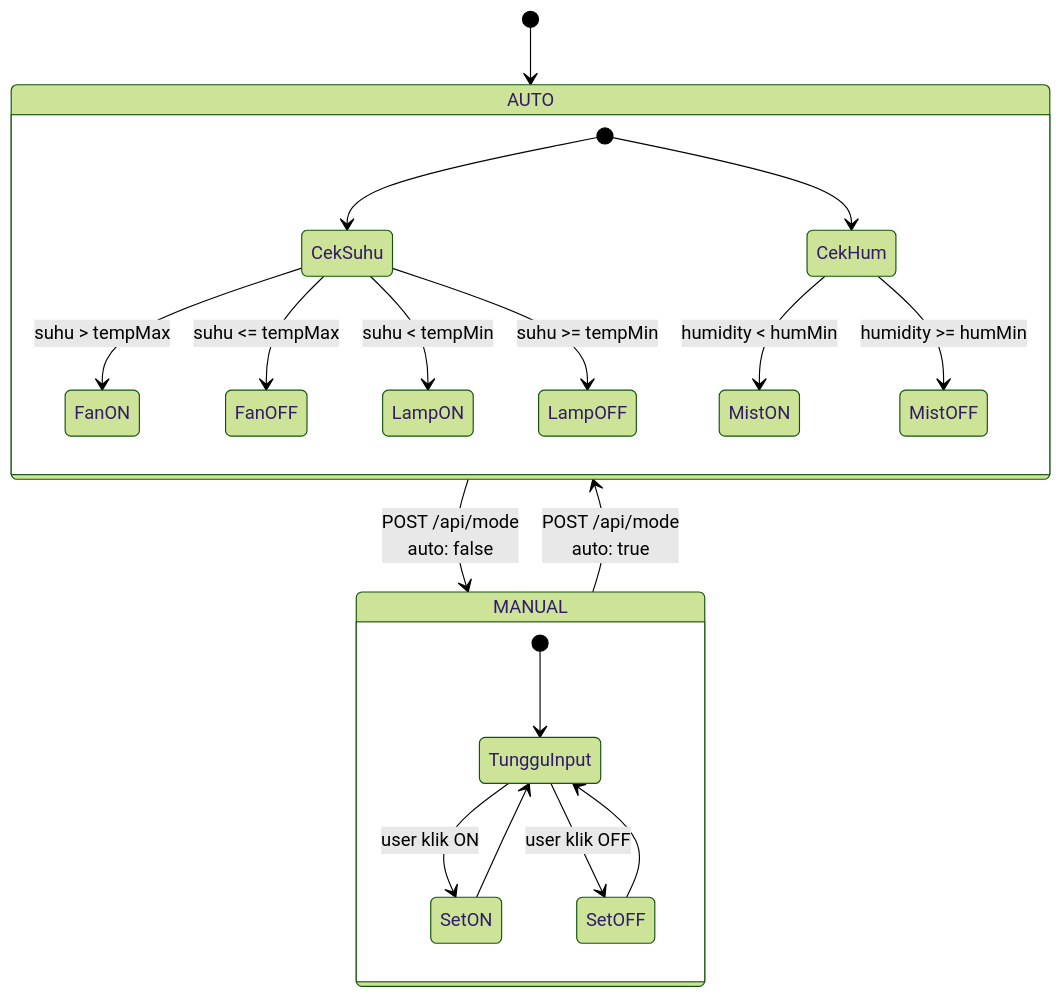
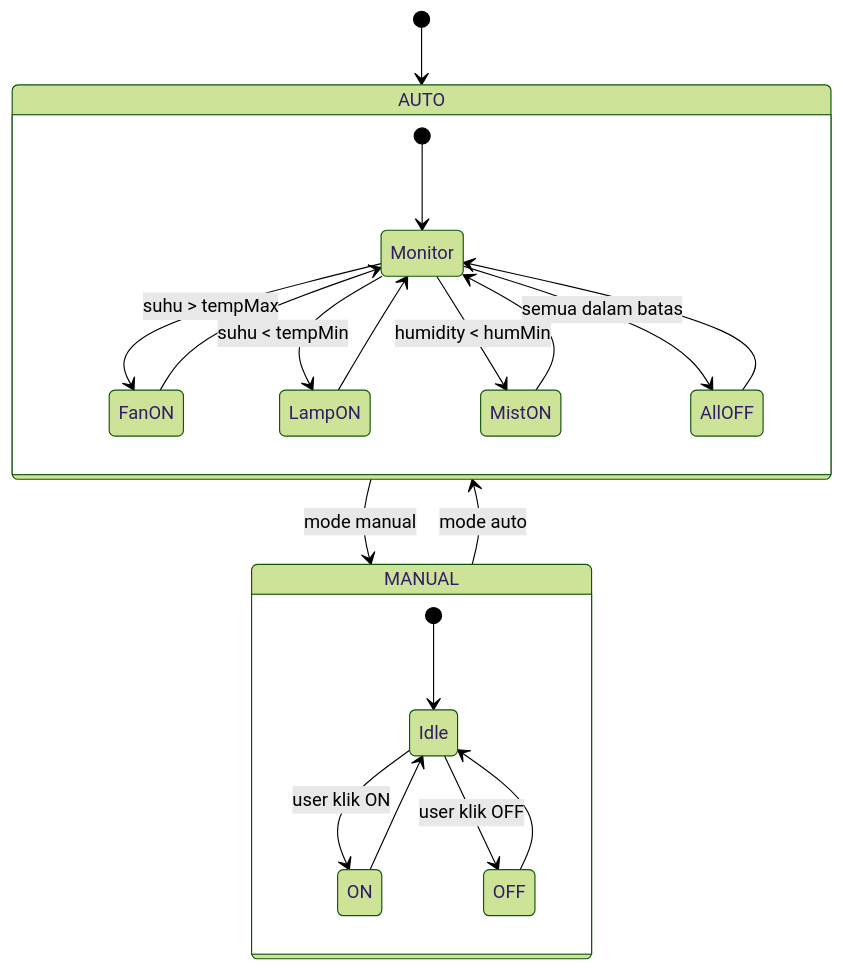
One commit to Keyzoo0/MushroomIOT changed the fourth of 5 diagrams in README.md. Above: the diagram before and after it, drawn with Mermaid (forest theme). The commit also changed other lines of this file, not shown here.

Commit message:
Fix Mermaid diagrams: stateDiagram entry point, API flowchart, tambah wiring diagram hardware

````diff
--- a/README.md
+++ b/README.md
@@ -270,28 +304,29 @@
 ```mermaid
 stateDiagram-v2
     [*] --> AUTO
     
     state AUTO {
-        [*] --> CekSuhu
-        [*] --> CekHum
+        [*] --> Monitor
         
-        CekSuhu --> FanON : suhu > tempMax
-        CekSuhu --> FanOFF : suhu <= tempMax
-        CekSuhu --> LampON : suhu < tempMin
-        CekSuhu --> LampOFF : suhu >= tempMin
+        Monitor --> FanON : suhu > tempMax
+        Monitor --> LampON : suhu < tempMin
+        Monitor --> MistON : humidity < humMin
+        Monitor --> AllOFF : semua dalam batas
         
-        CekHum --> MistON : humidity < humMin
-        CekHum --> MistOFF : humidity >= humMin
+        FanON --> Monitor
+        LampON --> Monitor
+        MistON --> Monitor
+        AllOFF --> Monitor
     }
     
     state MANUAL {
-        [*] --> TungguInput
-        TungguInput --> SetON : user klik ON
-        TungguInput --> SetOFF : user klik OFF
-        SetON --> TungguInput
-        SetOFF --> TungguInput
+        [*] --> Idle
+        Idle --> ON : user klik ON
+        Idle --> OFF : user klik OFF
+        ON --> Idle
+        OFF --> Idle
     }
     
-    AUTO --> MANUAL : POST /api/mode <br/>auto: false
-    MANUAL --> AUTO : POST /api/mode <br/>auto: true
+    AUTO --> MANUAL : mode manual
+    MANUAL --> AUTO : mode auto
 ```
````
